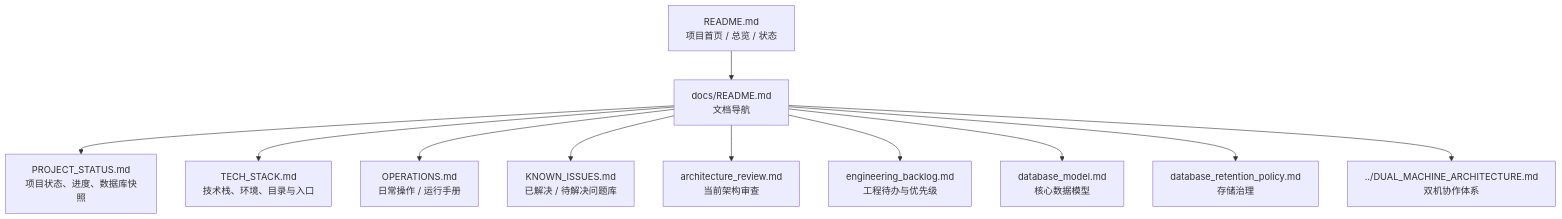
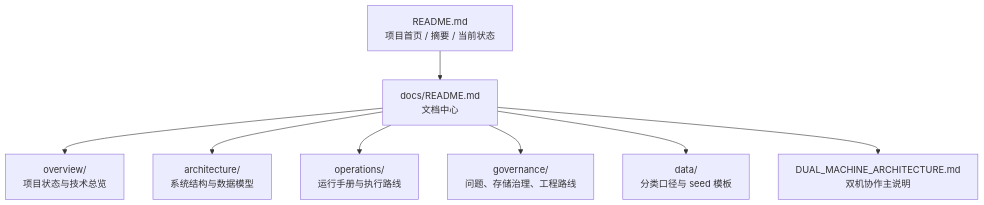
The diagram in docs/README.md (Timcai06/SPM), drawn with Mermaid before and after one commit. The commit also changed other lines of this file and 21 other files, not shown here.

````diff
--- a/docs/README.md
+++ b/docs/README.md
@@ -11,13 +14,11 @@
 ```mermaid
 flowchart TD
-    A["README.md<br/>项目首页 / 总览 / 状态"] --> B["docs/README.md<br/>文档导航"]
-    B --> C["PROJECT_STATUS.md<br/>项目状态、进度、数据库快照"]
-    B --> D["TECH_STACK.md<br/>技术栈、环境、目录与入口"]
-    B --> E["OPERATIONS.md<br/>日常操作 / 运行手册"]
-    B --> F["KNOWN_ISSUES.md<br/>已解决 / 待解决问题库"]
-    B --> G["architecture_review.md<br/>当前架构审查"]
-    B --> H["engineering_backlog.md<br/>工程待办与优先级"]
-    B --> I["database_model.md<br/>核心数据模型"]
-    B --> J["database_retention_policy.md<br/>存储治理"]
-    B --> K["../DUAL_MACHINE_ARCHITECTURE.md<br/>双机协作体系"]
+    A["README.md<br/>项目首页 / 摘要 / 当前状态"] --> B["docs/README.md<br/>文档中心"]
+
+    B --> C["overview/<br/>项目状态与技术总览"]
+    B --> D["architecture/<br/>系统结构与数据模型"]
+    B --> E["operations/<br/>运行手册与执行路线"]
+    B --> F["governance/<br/>问题、存储治理、工程路线"]
+    B --> G["data/<br/>分类口径与 seed 模板"]
+    B --> H["DUAL_MACHINE_ARCHITECTURE.md<br/>双机协作主说明"]
 ```
````
